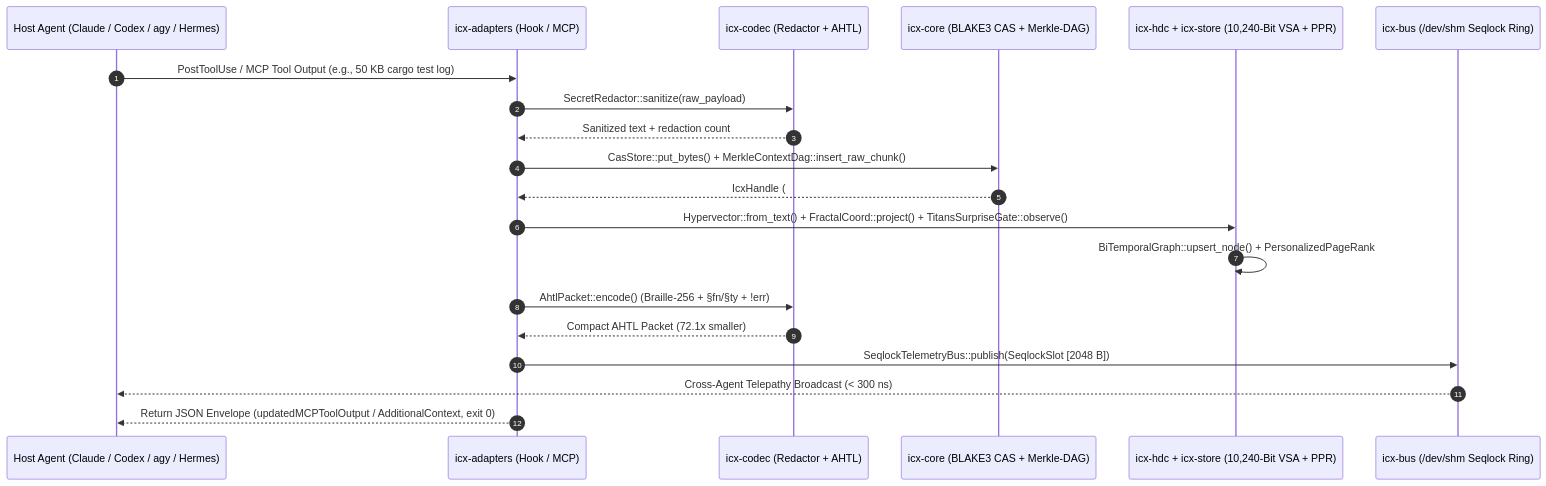
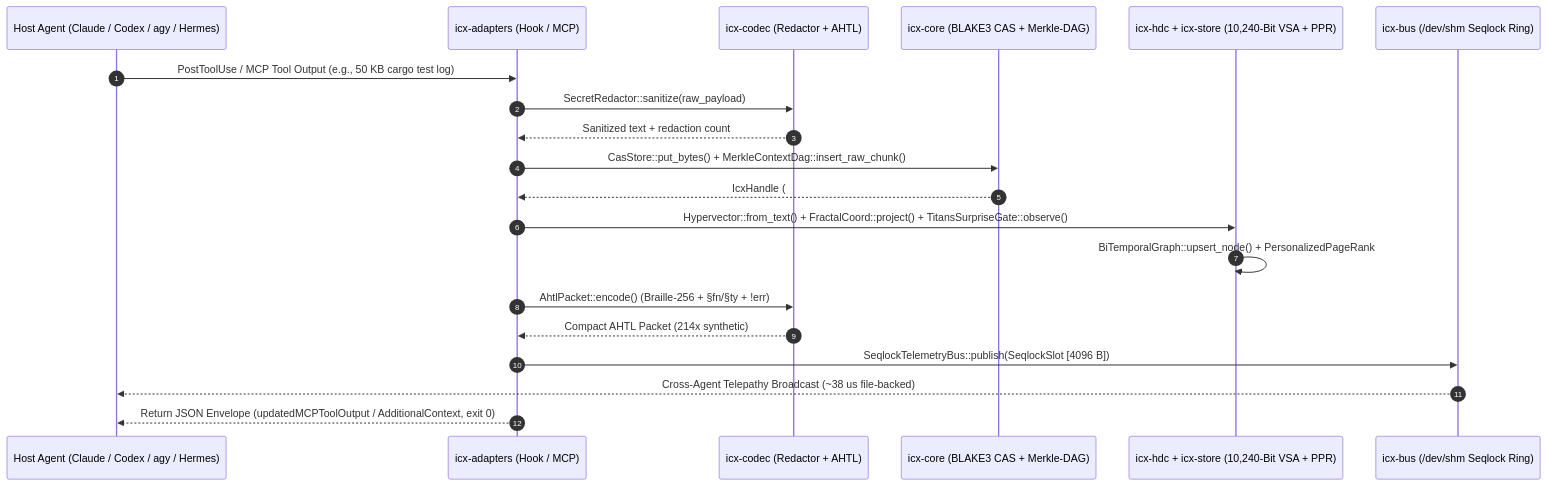
Before and after one commit to doublegate/Infinity-Context: the diagram in docs/diagrams/synchronous-hook-and-shm-flow.mmd, drawn with Mermaid. The commit also changed 146 other files, not shown here.

```diff
--- a/docs/diagrams/synchronous-hook-and-shm-flow.mmd
+++ b/docs/diagrams/synchronous-hook-and-shm-flow.mmd
@@ -1,21 +1,21 @@
 sequenceDiagram
   autonumber
   participant Agent as Host Agent (Claude / Codex / agy / Hermes)
   participant Hook as icx-adapters (Hook / MCP)
   participant Codec as icx-codec (Redactor + AHTL)
   participant DAG as icx-core (BLAKE3 CAS + Merkle-DAG)
   participant HDC as icx-hdc + icx-store (10,240-Bit VSA + PPR)
   participant SHM as icx-bus (/dev/shm Seqlock Ring)
 
   Agent->>Hook: PostToolUse / MCP Tool Output (e.g., 50 KB cargo test log)
   Hook->>Codec: SecretRedactor::sanitize(raw_payload)
   Codec-->>Hook: Sanitized text + redaction count
   Hook->>DAG: CasStore::put_bytes() + MerkleContextDag::insert_raw_chunk()
   DAG-->>Hook: IcxHandle (#icx:7bf8239fb7c504f1)
   Hook->>HDC: Hypervector::from_text() + FractalCoord::project() + TitansSurpriseGate::observe()
   HDC->>HDC: BiTemporalGraph::upsert_node() + PersonalizedPageRank
   Hook->>Codec: AhtlPacket::encode() (Braille-256 + §fn/§ty + !err)
-  Codec-->>Hook: Compact AHTL Packet (72.1x smaller)
-  Hook->>SHM: SeqlockTelemetryBus::publish(SeqlockSlot [2048 B])
-  SHM-->>Agent: Cross-Agent Telepathy Broadcast (< 300 ns)
+  Codec-->>Hook: Compact AHTL Packet (214x synthetic)
+  Hook->>SHM: SeqlockTelemetryBus::publish(SeqlockSlot [4096 B])
+  SHM-->>Agent: Cross-Agent Telepathy Broadcast (~38 us file-backed)
   Hook-->>Agent: Return JSON Envelope (updatedMCPToolOutput / AdditionalContext, exit 0)
```
